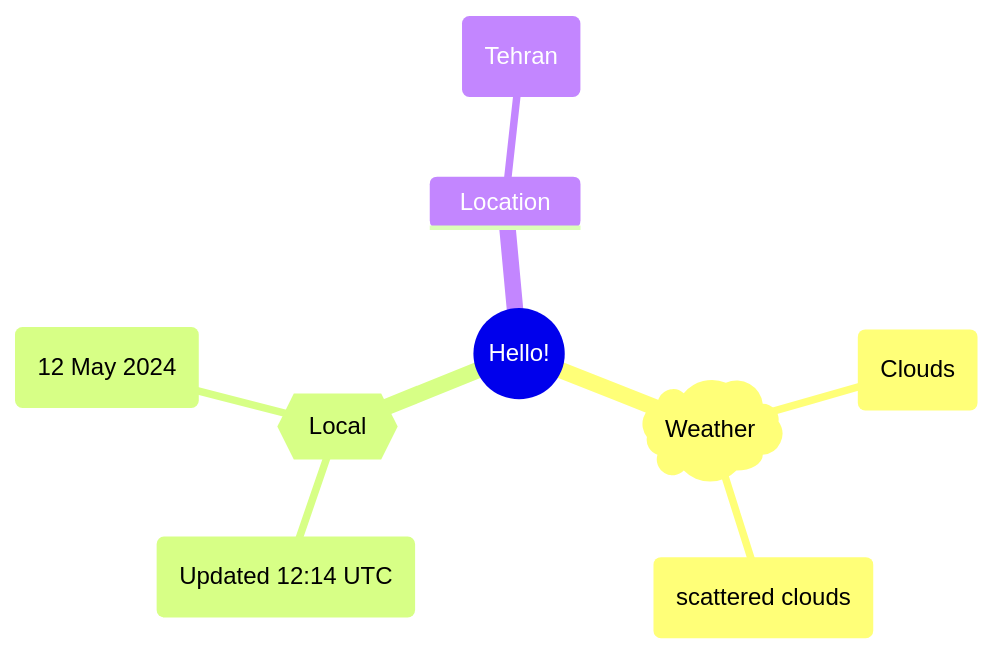
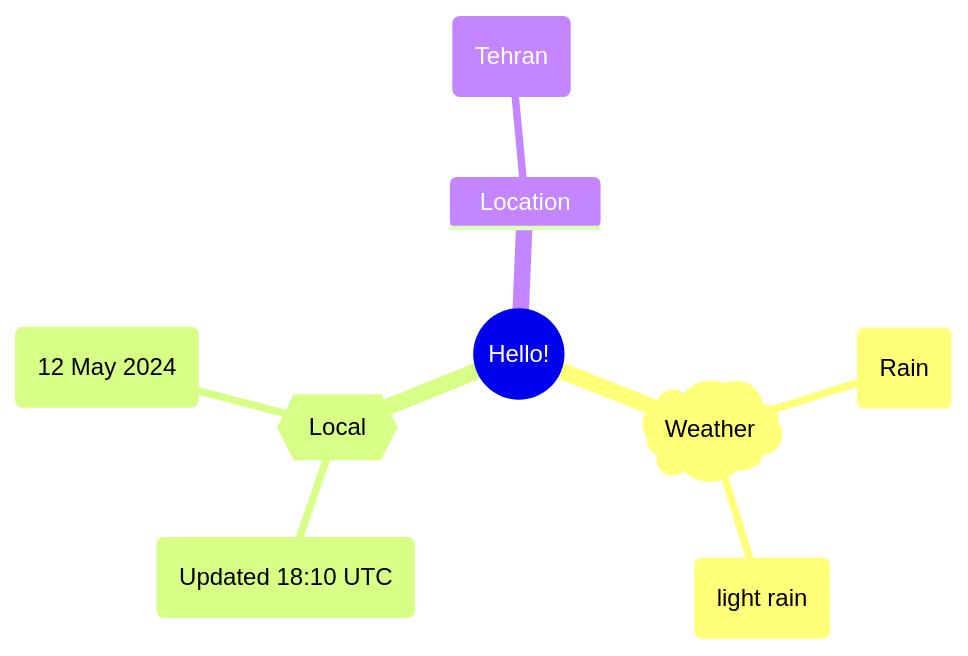
Before and after one commit to Xosrov/Xosrov: the first of 2 diagrams in README.md, drawn with Mermaid.

Commit message:
[bot] updated images

````diff
--- a/README.md
+++ b/README.md
@@ -3,12 +3,12 @@
 ```mermaid
 mindmap
   root((Hello!))
     )Weather(
-        (Clouds)
-        (scattered clouds)
+        (Rain)
+        (light rain)
     {{Local}}
-        (Updated 12:14 UTC)
+        (Updated 18:10 UTC)
         (12 May 2024)
     Location
         (Tehran)
 ```
````
